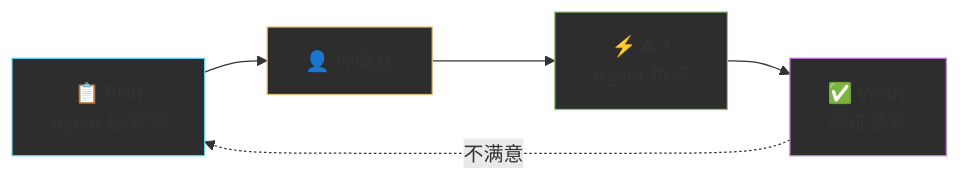
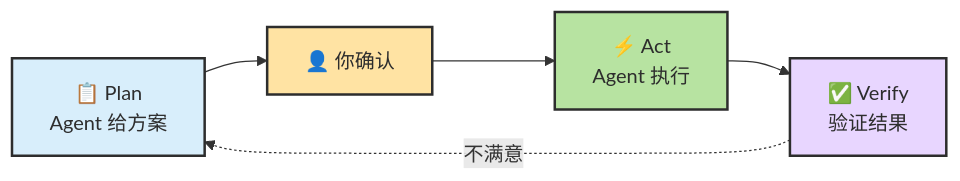
The first of 2 diagrams in docs/chapters/ch04-first-practice.md (zht043/AgenticCodingTutorial), drawn with Mermaid before and after one commit. The commit also changed other lines of this file and 26 other files, not shown here.

````diff
--- a/docs/chapters/ch04-first-practice.md
+++ b/docs/chapters/ch04-first-practice.md
@@ -28,15 +30,15 @@
 ```mermaid
 flowchart LR
-    P["📋 Plan<br/>Agent 给方案"]
-    Confirm["👤 你确认"]
-    A["⚡ Act<br/>Agent 执行"]
-    V["✅ Verify<br/>验证结果"]
+    classDef plan fill:#d8eefb,stroke:#2d2d2d,stroke-width:2px,color:#2d2d2d
+    classDef confirm fill:#ffe3a3,stroke:#2d2d2d,stroke-width:2px,color:#2d2d2d
+    classDef act fill:#b7e3a1,stroke:#2d2d2d,stroke-width:2px,color:#2d2d2d
+    classDef verify fill:#e8d6ff,stroke:#2d2d2d,stroke-width:2px,color:#2d2d2d
+
+    P["📋 Plan<br/>Agent 给方案"]:::plan
+    Confirm["👤 你确认"]:::confirm
+    A["⚡ Act<br/>Agent 执行"]:::act
+    V["✅ Verify<br/>验证结果"]:::verify
 
     P --> Confirm --> A --> V
     V -.->|"不满意"| P
-
-    style P fill:#2d2d2d,stroke:#61dafb
-    style Confirm fill:#2d2d2d,stroke:#e5c07b
-    style A fill:#2d2d2d,stroke:#98c379
-    style V fill:#2d2d2d,stroke:#c678dd
 ```
````
